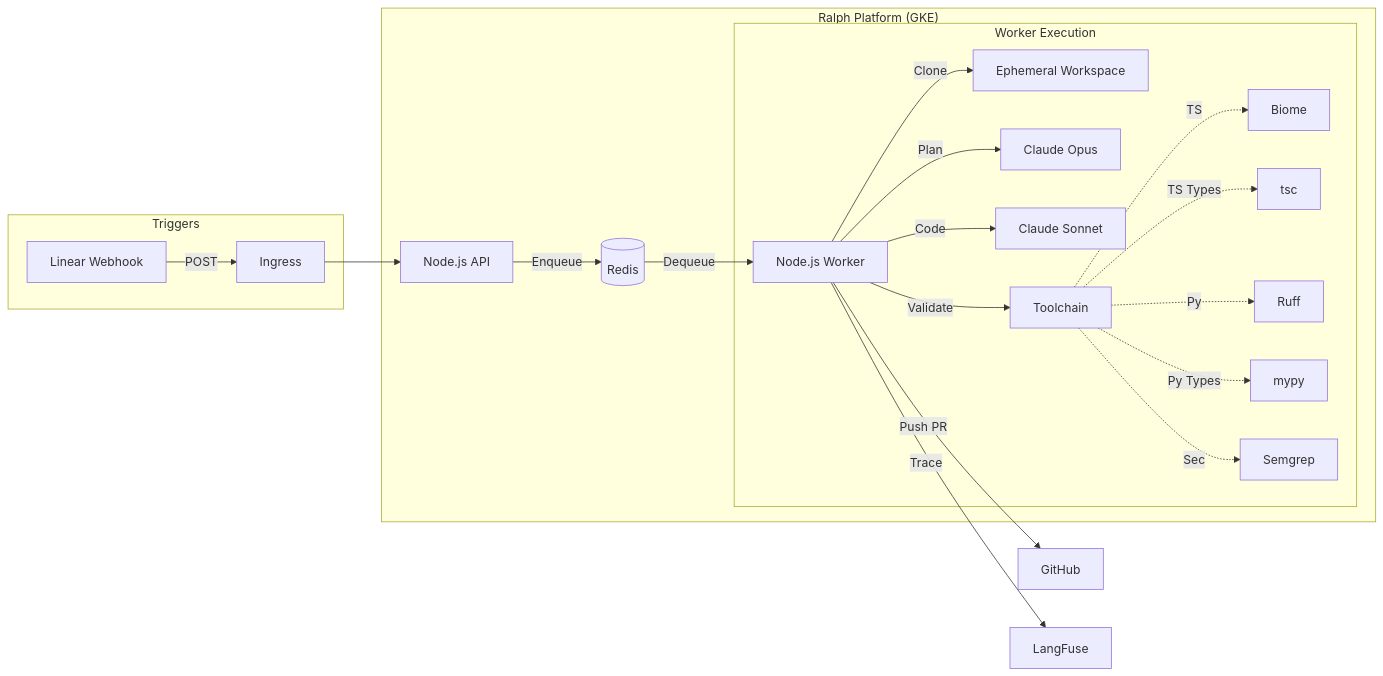
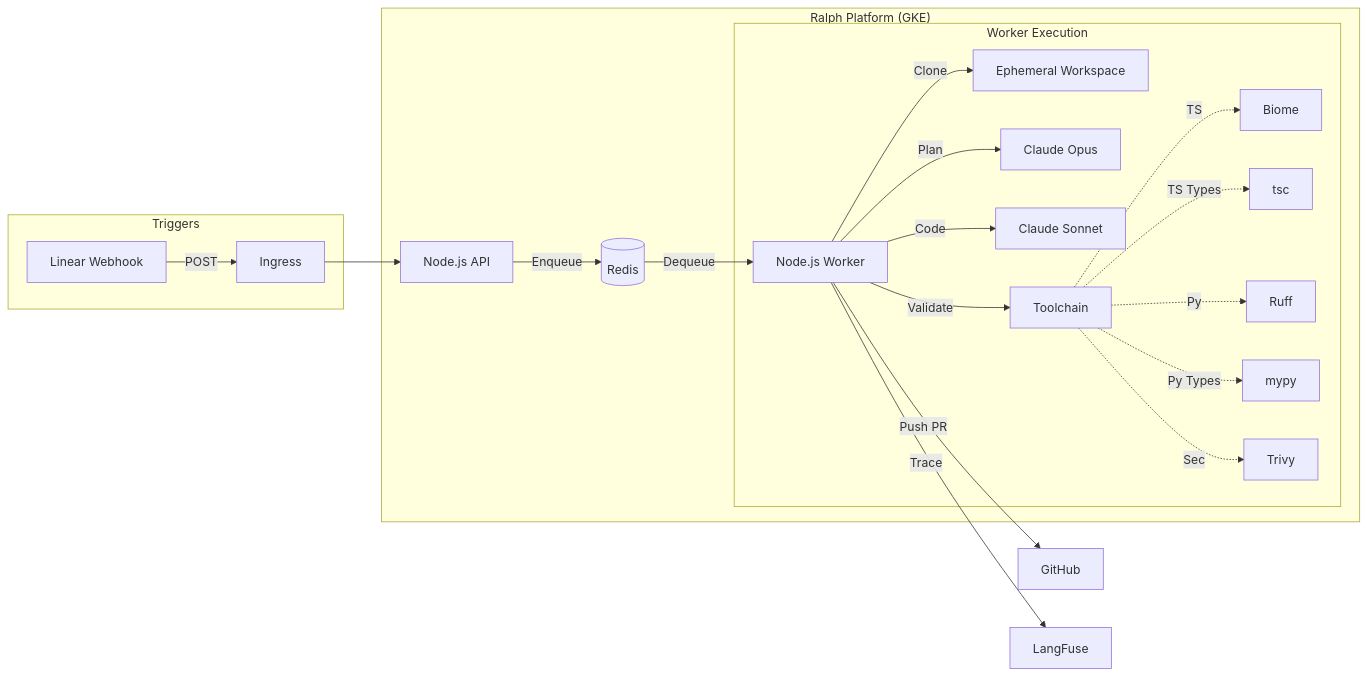
One commit to Replikanti/ralph-platform changed the diagram in README.md. Above: the diagram before and after it, drawn with Mermaid. The commit also changed other lines of this file and 4 other files, not shown here.

Commit message:
feat: replace Semgrep with Trivy for security scanning. Removed Semgrep due to LGPL license concerns in enterprise environments and adopted Trivy (Apache 2.0) for vulnerability, secret, and configuration scanning.

````diff
--- a/README.md
+++ b/README.md
@@ -7,26 +7,26 @@
 ```mermaid
 graph LR
     subgraph "Triggers"
         Linear[Linear Webhook] -->|POST| Ingress
     end
     subgraph "Ralph Platform (GKE)"
         Ingress --> API[Node.js API]
         API -->|Enqueue| Redis[(Redis)]
         Redis -->|Dequeue| Worker[Node.js Worker]
 
         subgraph "Worker Execution"
             Worker -->|Clone| Git[Ephemeral Workspace]
             Worker -->|Plan| Opus[Claude Opus]
             Worker -->|Code| Sonnet[Claude Sonnet]
             Worker -->|Validate| Polyglot[Toolchain]
 
             Polyglot -.->|TS| Biome
             Polyglot -.->|TS Types| tsc
             Polyglot -.->|Py| Ruff
             Polyglot -.->|Py Types| mypy
-            Polyglot -.->|Sec| Semgrep
+            Polyglot -.->|Sec| Trivy
         end
     end
     Worker -->|Push PR| GitHub
     Worker -->|Trace| LangFuse
 ```
````
